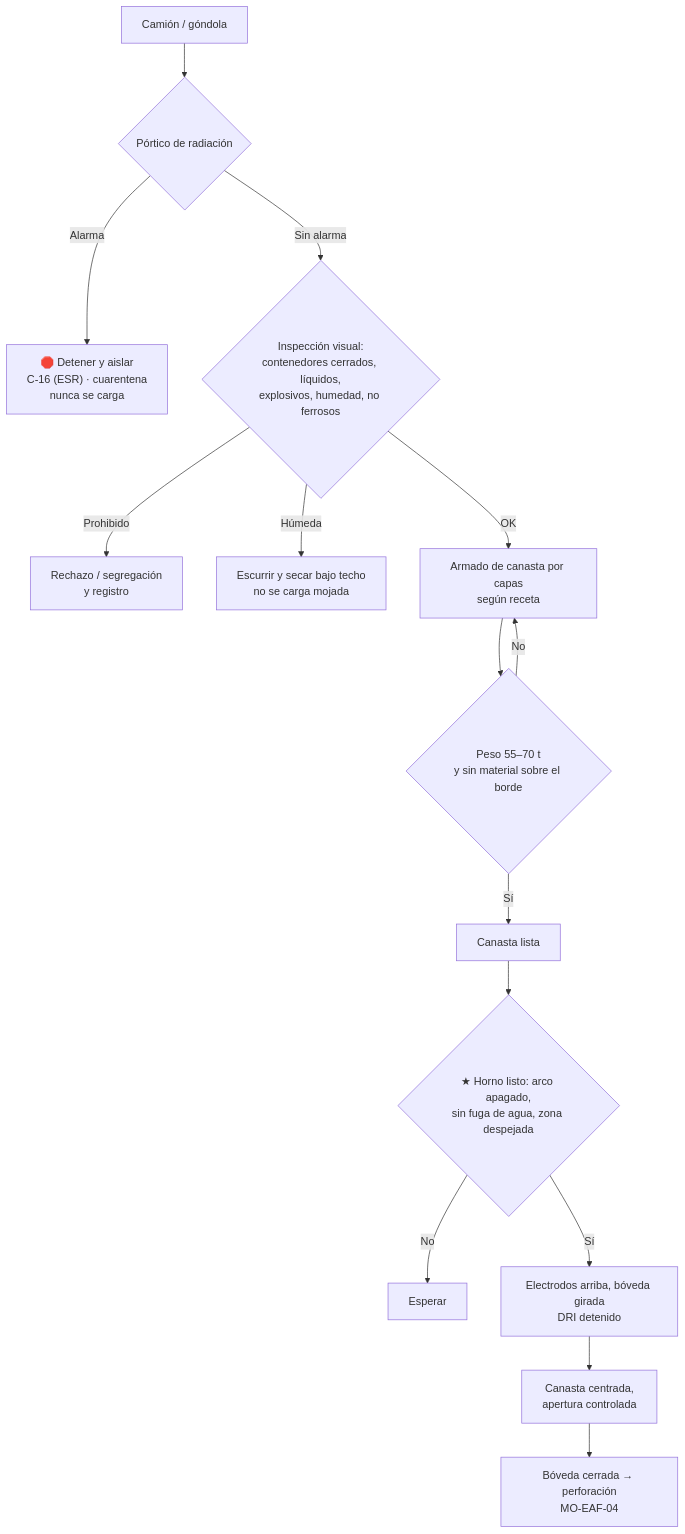
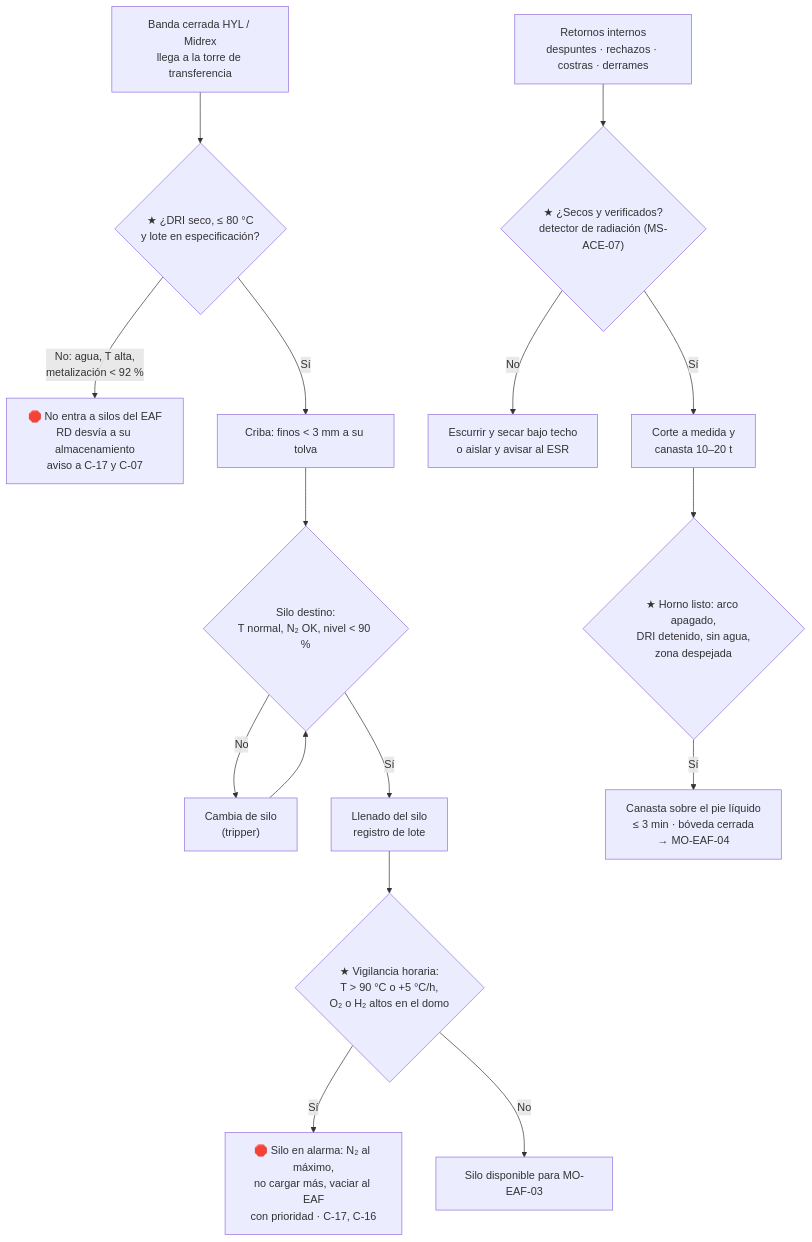
Before and after one commit to diegocardonaguzman03-maker/HR: the diagram in 10-plantas/01-steelmaking/02-operacion/eaf/MO-EAF-02-recepcion-dri-bandas-silos-retornos.md, drawn with Mermaid. The commit also changed other lines of this file and 19 other files, not shown here.

````diff
--- a/10-plantas/01-steelmaking/02-operacion/eaf/MO-EAF-02-recepcion-dri-bandas-silos-retornos.md
+++ b/10-plantas/01-steelmaking/02-operacion/eaf/MO-EAF-02-recepcion-dri-bandas-silos-retornos.md
@@ -33,17 +43,18 @@
 ```mermaid
 flowchart TD
-    A["Camión / góndola"] --> B{"Pórtico de radiación"}
-    B -- "Alarma" --> Q["🛑 Detener y aislar<br/>C-16 (ESR) · cuarentena<br/>nunca se carga"]
-    B -- "Sin alarma" --> C{"Inspección visual:<br/>contenedores cerrados, líquidos,<br/>explosivos, humedad, no ferrosos"}
-    C -- "Prohibido" --> R["Rechazo / segregación<br/>y registro"]
-    C -- "Húmeda" --> S["Escurrir y secar bajo techo<br/>no se carga mojada"]
-    C -- "OK" --> D["Armado de canasta por capas<br/>según receta"]
-    D --> E{"Peso 55–70 t<br/>y sin material sobre el borde"}
-    E -- "No" --> D
-    E -- "Sí" --> F["Canasta lista"]
-    F --> G{"★ Horno listo: arco apagado,<br/>sin fuga de agua, zona despejada"}
-    G -- "No" --> H["Esperar"]
-    G -- "Sí" --> I["Electrodos arriba, bóveda girada<br/>DRI detenido"]
-    I --> J["Canasta centrada,<br/>apertura controlada"]
-    J --> K["Bóveda cerrada → perforación<br/>MO-EAF-04"]
+    A["Banda cerrada HYL / Midrex<br/>llega a la torre de transferencia"] --> B{"★ ¿DRI seco, ≤ 80 °C<br/>y lote en especificación?"}
+    B -- "No: agua, T alta,<br/>metalización < 92 %" --> X["🛑 No entra a silos del EAF<br/>RD desvía a su almacenamiento<br/>aviso a C-17 y C-07"]
+    B -- "Sí" --> C["Criba: finos < 3 mm a su tolva"]
+    C --> D{"Silo destino:<br/>T normal, N₂ OK, nivel < 90 %"}
+    D -- "No" --> E["Cambia de silo<br/>(tripper)"]
+    E --> D
+    D -- "Sí" --> F["Llenado del silo<br/>registro de lote"]
+    F --> G{"★ Vigilancia horaria:<br/>T > 90 °C o +5 °C/h,<br/>O₂ o H₂ altos en el domo"}
+    G -- "Sí" --> H["🛑 Silo en alarma: N₂ al máximo,<br/>no cargar más, vaciar al EAF<br/>con prioridad · C-17, C-16"]
+    G -- "No" --> I["Silo disponible para MO-EAF-03"]
+    R["Retornos internos<br/>despuntes · rechazos · costras · derrames"] --> S{"★ ¿Secos y verificados?<br/>detector de radiación (MS-ACE-07)"}
+    S -- "No" --> T["Escurrir y secar bajo techo<br/>o aislar y avisar al ESR"]
+    S -- "Sí" --> U["Corte a medida y<br/>canasta 10–20 t"]
+    U --> V{"★ Horno listo: arco apagado,<br/>DRI detenido, sin agua,<br/>zona despejada"}
+    V -- "Sí" --> W["Canasta sobre el pie líquido<br/>≤ 3 min · bóveda cerrada<br/>→ MO-EAF-04"]
 ```
````
